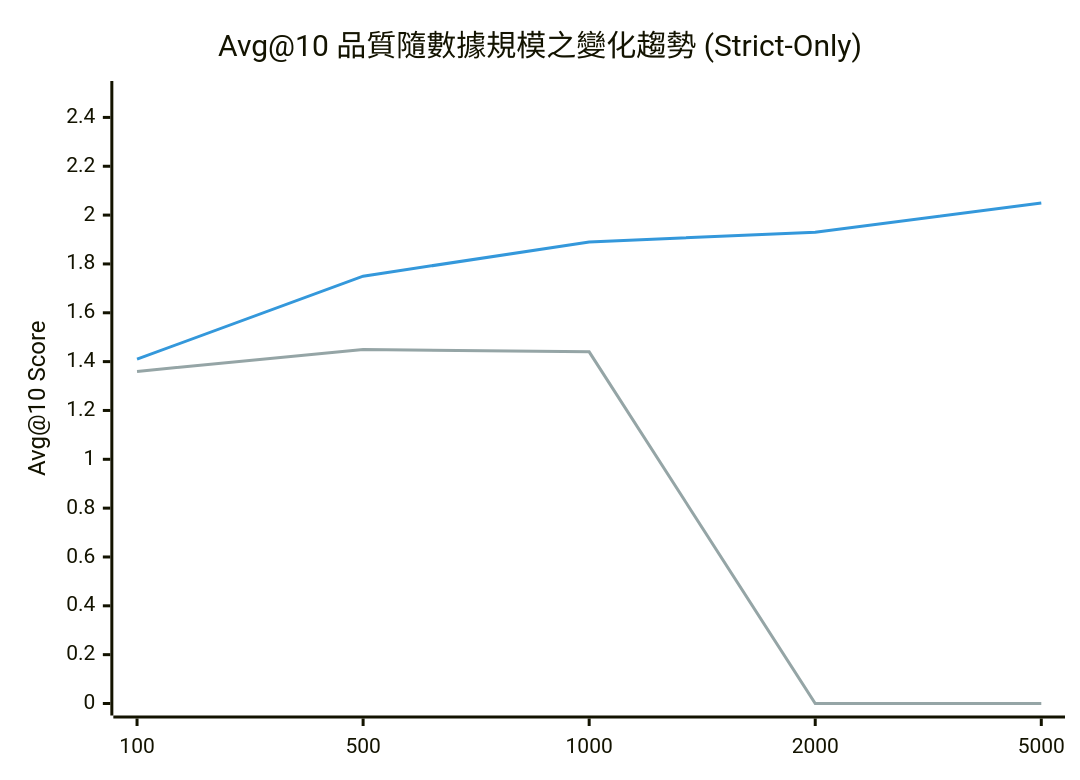
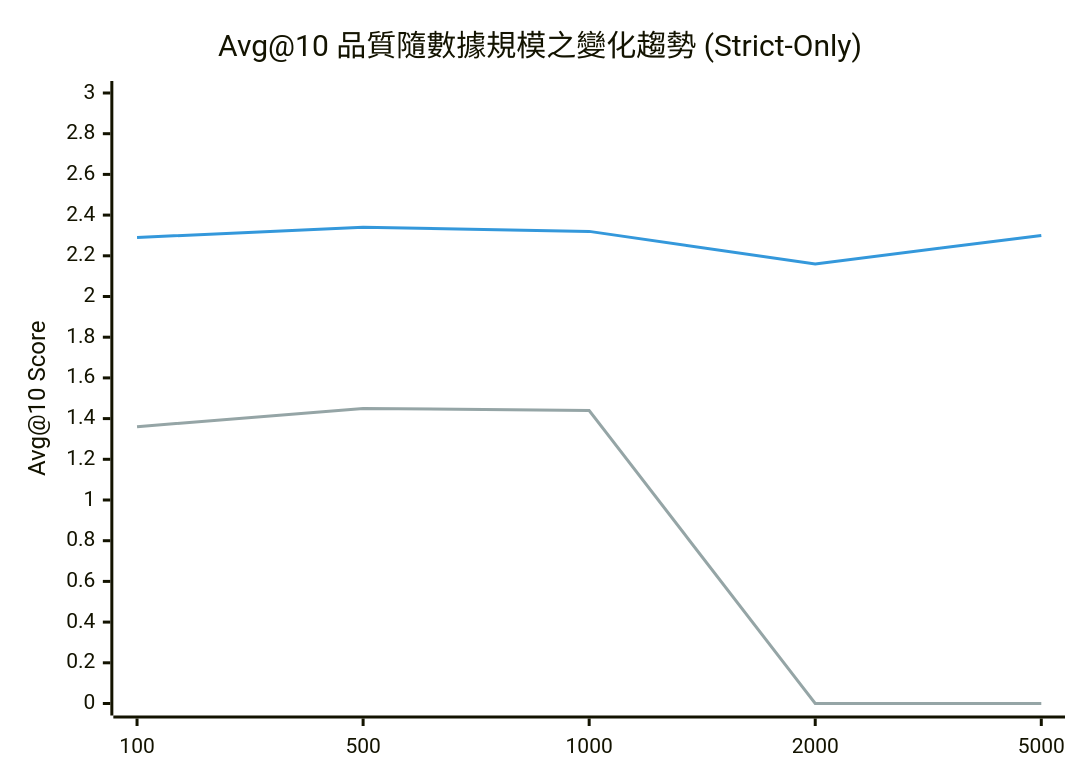
One commit to wangicheng/hybrid-reasoner changed diagram 12 of 12 in docs/report.md. Above: the diagram before and after it, drawn with Mermaid. The commit also changed other lines of this file and 40 other files, not shown here.

````diff
--- a/docs/report.md
+++ b/docs/report.md
@@ -436,9 +394,9 @@
 ```mermaid
 %%{init: { 'themeVariables': { 'xyChart': { 'plotColorPalette': '#95A5A6, #3498DB' } } } }%%
 xychart-beta
     title "Avg@10 品質隨數據規模之變化趨勢 (Strict-Only)"
     x-axis ["100", "500", "1000", "2000", "5000"]
-    y-axis "Avg@10 Score" 0 --> 2.5
+    y-axis "Avg@10 Score" 0 --> 3.0
     line [1.36, 1.45, 1.44, 0, 0]
-    line [1.41, 1.75, 1.89, 1.93, 2.05]
+    line [2.29, 2.34, 2.32, 2.16, 2.30]
 ```
````
